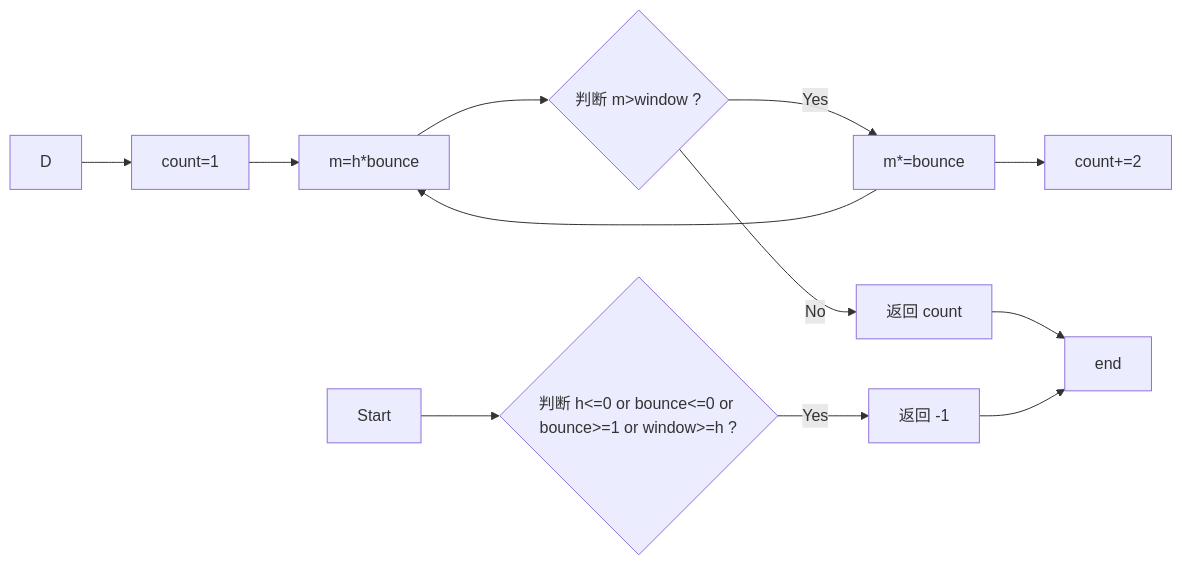
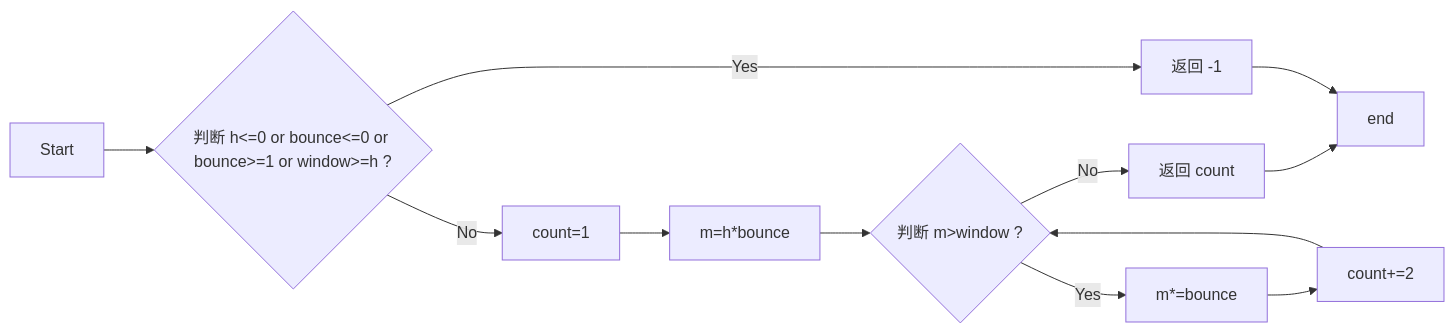
Before and after one commit to lechen20/Python_course: the second of 4 diagrams in python_course/Experiments/experiment2.md, drawn with Mermaid.

````diff
--- a/python_course/Experiments/experiment2.md
+++ b/python_course/Experiments/experiment2.md
@@ -247,15 +247,15 @@
 ```mermaid
 flowchart LR
 A[Start] --> B{判断 h<=0 or bounce<=0 or bounce>=1 or window>=h ?}
 B-->|Yes| C[返回 -1]
-D--> E[count=1]
-E--> F[m=h*bounce]
-F--> G{判断 m>window ?}
-G-->|Yes| H[m*=bounce]
-H--> I[count+=2]
-G-->|No| J[返回 count]
+B-->|No| D[count=1]
+D--> E[m=h*bounce]
+E--> F{判断 m>window ?}
+F-->|Yes| G[m*=bounce]
+G--> H[count+=2]
+F-->|No| J[返回 count]
 H--> F
 J--> K[End]
 C--> K[end]
 
 ```
````
